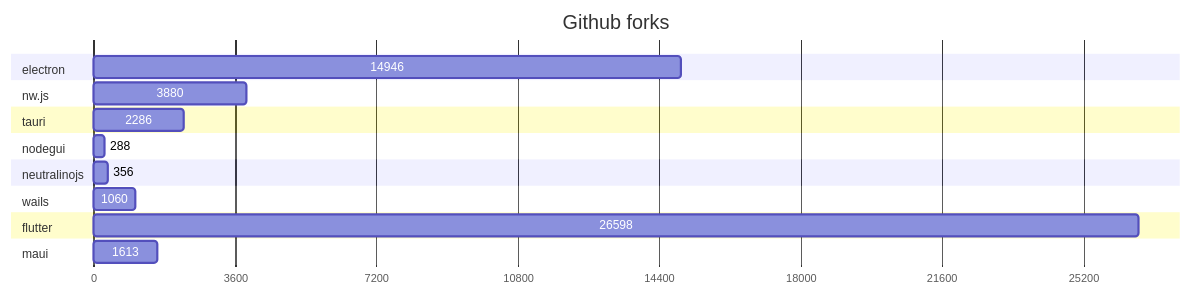
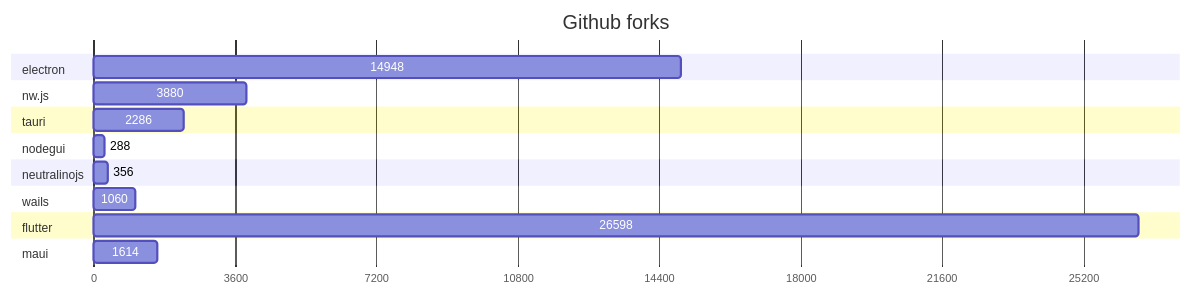
Before and after one commit to Elanis/web-to-desktop-framework-comparison: the second of 2 diagrams in GRAPHS.md, drawn with Mermaid. The commit also changed other lines of this file and 2 other files, not shown here.

````diff
--- a/GRAPHS.md
+++ b/GRAPHS.md
@@ -47,40 +47,40 @@
 ```mermaid
 gantt
     title Github forks
     dateFormat  X
     axisFormat %s
 
 
 	section electron
-	14946 : 0, 14946
+	14948 : 0, 14948
 
 	
 	section nw.js
 	3880 : 0, 3880
 
 	
 	section tauri
 	2286 : 0, 2286
 
 	
 	section nodegui
 	288 : 0, 288
 
 	
 	section neutralinojs
 	356 : 0, 356
 
 	
 	section wails
 	1060 : 0, 1060
 
 	
 	section flutter
 	26598 : 0, 26598
 
 	
 	section maui
-	1613 : 0, 1613
+	1614 : 0, 1614
 
 	
 ```
````
